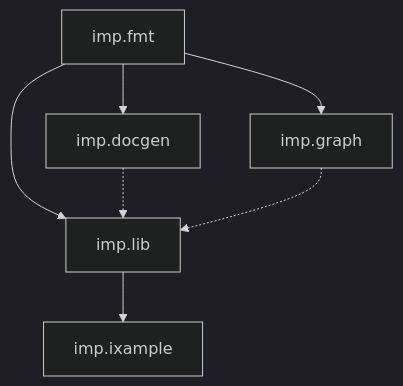
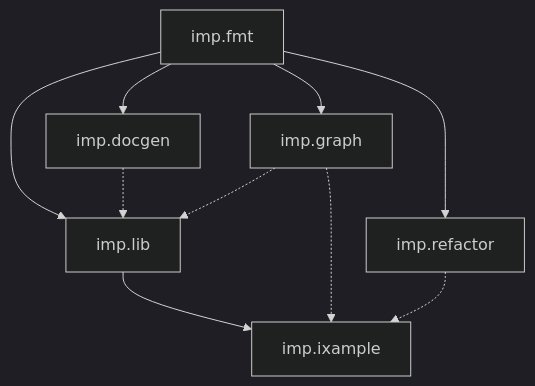
Before and after one commit to imp-nix/imp.devspace: the diagram in AGENTS.md, drawn with Mermaid (dark theme). The commit also changed other lines of this file and 1 other file, not shown here.

First line of the commit message:
Add imp.refactor to dependency chain and sub-update-push command

````diff
--- a/AGENTS.md
+++ b/AGENTS.md
@@ -7,15 +7,19 @@
 ```mermaid
 graph TD
     fmt[imp.fmt]
     docgen[imp.docgen]
     impgraph[imp.graph]
+    refactor[imp.refactor]
     lib[imp.lib]
     ixample[imp.ixample]
 
     fmt --> docgen
     fmt --> impgraph
+    fmt --> refactor
     fmt --> lib
     docgen -.-> lib
     impgraph -.-> lib
     lib --> ixample
+    impgraph -.-> ixample
+    refactor -.-> ixample
 ```
````
